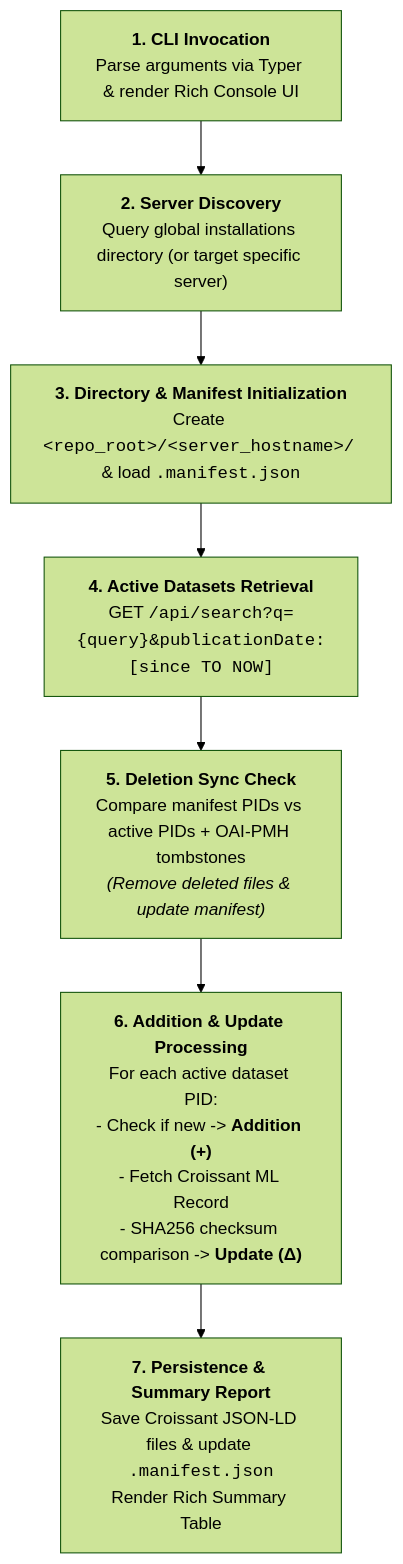
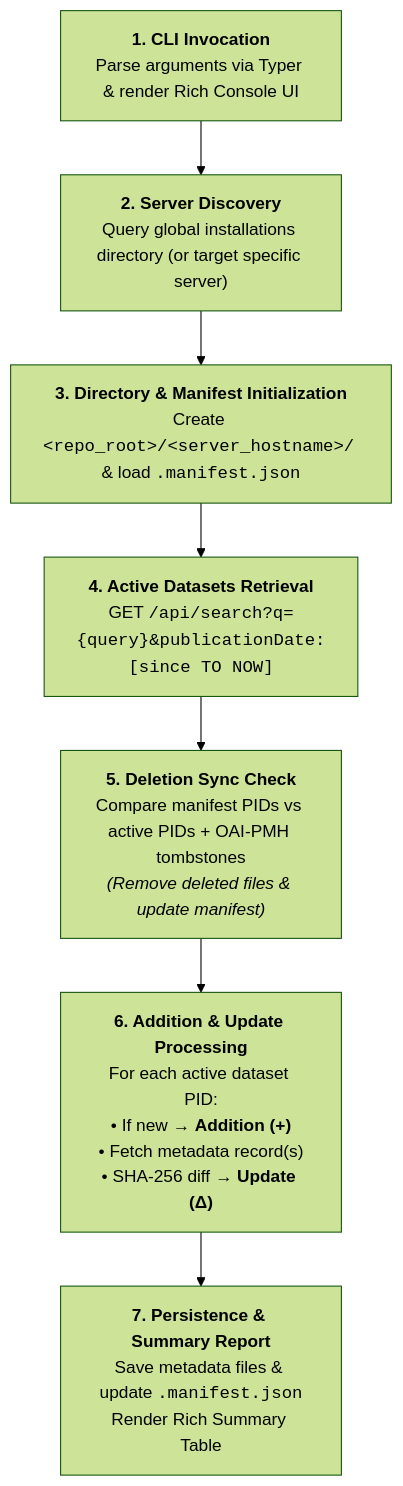
Before and after one commit to DataArtifex/dataverse-toolkit: the diagram in docs/source/harvester.md, drawn with Mermaid (forest theme). The commit also changed 7 other files, not shown here.

Commit message:
feat: add CLI documentation and enable Mermaid diagram rendering in Sphinx docs

````diff
--- a/docs/source/harvester.md
+++ b/docs/source/harvester.md
@@ -144,14 +144,14 @@
 ```mermaid
 flowchart TD
     Init["<b>1. CLI Invocation</b><br/>Parse arguments via Typer & render Rich Console UI"] --> Discovery
     Discovery["<b>2. Server Discovery</b><br/>Query global installations directory (or target specific server)"] --> Setup
     Setup["<b>3. Directory & Manifest Initialization</b><br/>Create <code>&lt;repo_root&gt;/&lt;server_hostname&gt;/</code> & load <code>.manifest.json</code>"] --> Active
 
     Active["<b>4. Active Datasets Retrieval</b><br/>GET <code>/api/search?q={query}&publicationDate:[since TO NOW]</code>"] --> Deletions
 
     Deletions["<b>5. Deletion Sync Check</b><br/>Compare manifest PIDs vs active PIDs + OAI-PMH tombstones<br/><i>(Remove deleted files & update manifest)</i>"] --> Processing
 
-    Processing["<b>6. Addition & Update Processing</b><br/>For each active dataset PID:<br/>- Check if new -> <b>Addition (+)</b><br/>- Fetch Croissant ML Record<br/>- SHA256 checksum comparison -> <b>Update (Δ)</b>"] --> Save
+    Processing["<b>6. Addition & Update Processing</b><br/>For each active dataset PID:<br/>• If new &rarr; <b>Addition (+)</b><br/>• Fetch metadata record(s)<br/>• SHA-256 diff &rarr; <b>Update (Δ)</b>"] --> Save
 
-    Save["<b>7. Persistence & Summary Report</b><br/>Save Croissant JSON-LD files & update <code>.manifest.json</code><br/>Render Rich Summary Table"]
+    Save["<b>7. Persistence & Summary Report</b><br/>Save metadata files & update <code>.manifest.json</code><br/>Render Rich Summary Table"]
 ```
````
